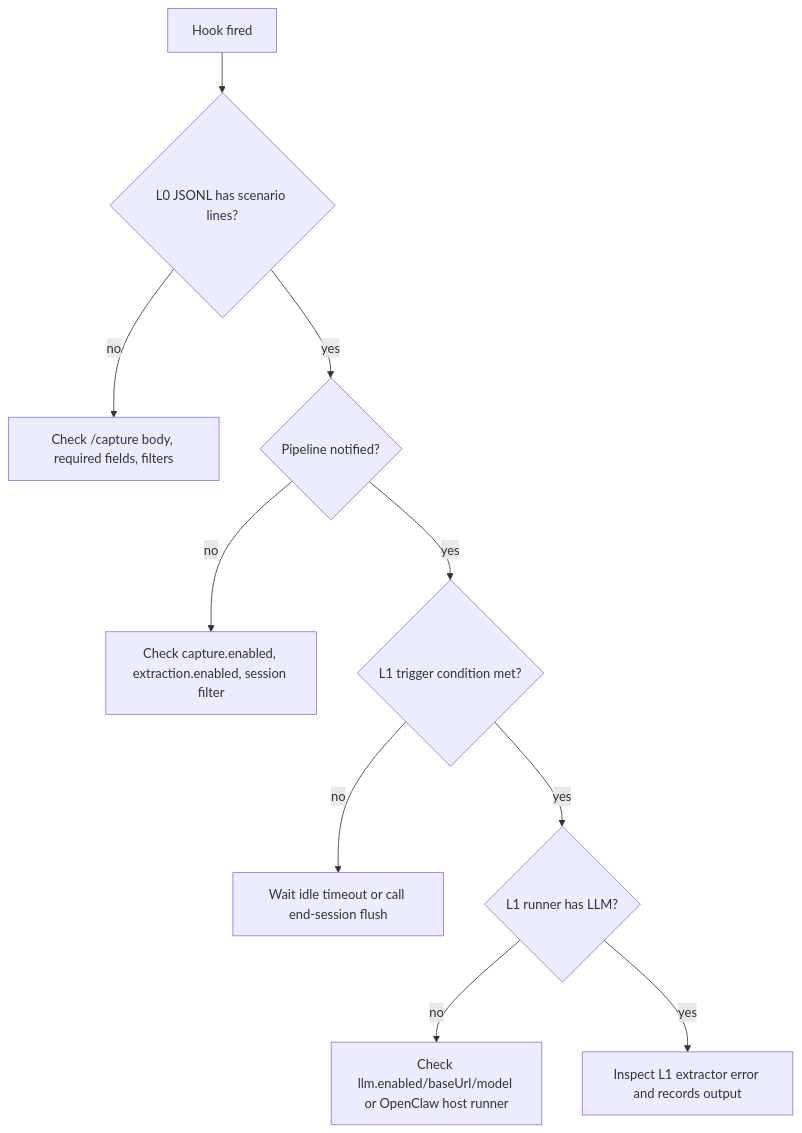
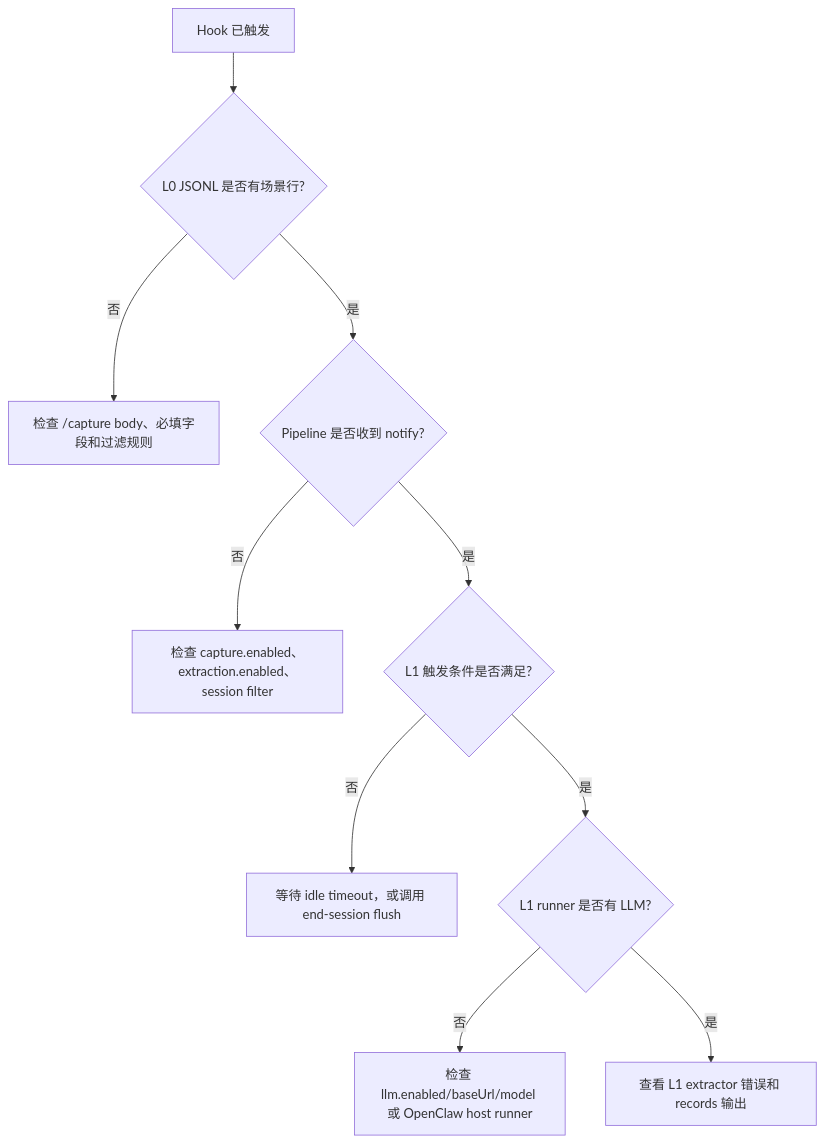
The second of 2 diagrams in Rhino-Bird/tdai-memory-dissection/08-debug-walkthrough.md (soongao/TencentDB-Agent-Memory), drawn with Mermaid before and after one commit. The commit also changed other lines of this file and 17 other files, not shown here.

````diff
--- a/Rhino-Bird/tdai-memory-dissection/08-debug-walkthrough.md
+++ b/Rhino-Bird/tdai-memory-dissection/08-debug-walkthrough.md
@@ -74,12 +74,12 @@
 ```mermaid
 flowchart TD
-  A["Hook fired"] --> B{"L0 JSONL has scenario lines?"}
-  B -->|no| C["Check /capture body, required fields, filters"]
-  B -->|yes| D{"Pipeline notified?"}
-  D -->|no| E["Check capture.enabled, extraction.enabled, session filter"]
-  D -->|yes| F{"L1 trigger condition met?"}
-  F -->|no| G["Wait idle timeout or call end-session flush"]
-  F -->|yes| H{"L1 runner has LLM?"}
-  H -->|no| I["Check llm.enabled/baseUrl/model or OpenClaw host runner"]
-  H -->|yes| J["Inspect L1 extractor error and records output"]
+  A["Hook 已触发"] --> B{"L0 JSONL 是否有场景行?"}
+  B -->|否| C["检查 /capture body、必填字段和过滤规则"]
+  B -->|是| D{"Pipeline 是否收到 notify?"}
+  D -->|否| E["检查 capture.enabled、extraction.enabled、session filter"]
+  D -->|是| F{"L1 触发条件是否满足?"}
+  F -->|否| G["等待 idle timeout，或调用 end-session flush"]
+  F -->|是| H{"L1 runner 是否有 LLM?"}
+  H -->|否| I["检查 llm.enabled/baseUrl/model 或 OpenClaw host runner"]
+  H -->|是| J["查看 L1 extractor 错误和 records 输出"]
 ```
````
